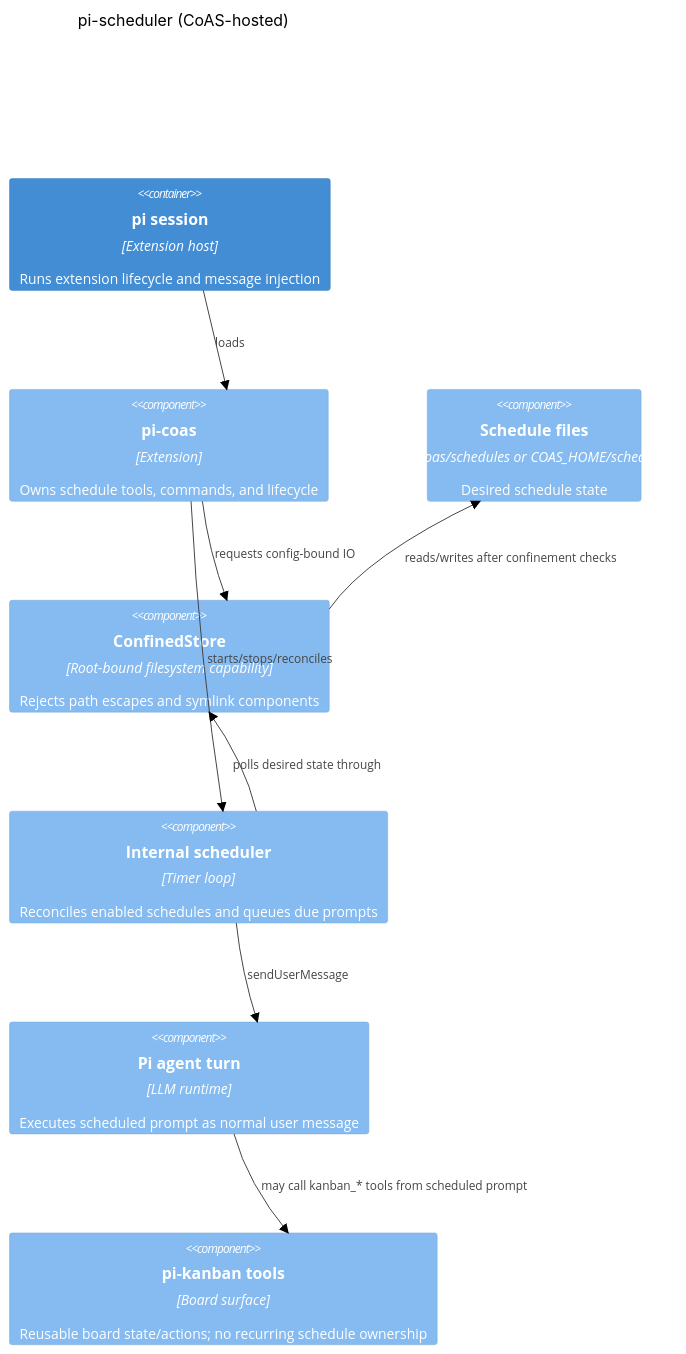
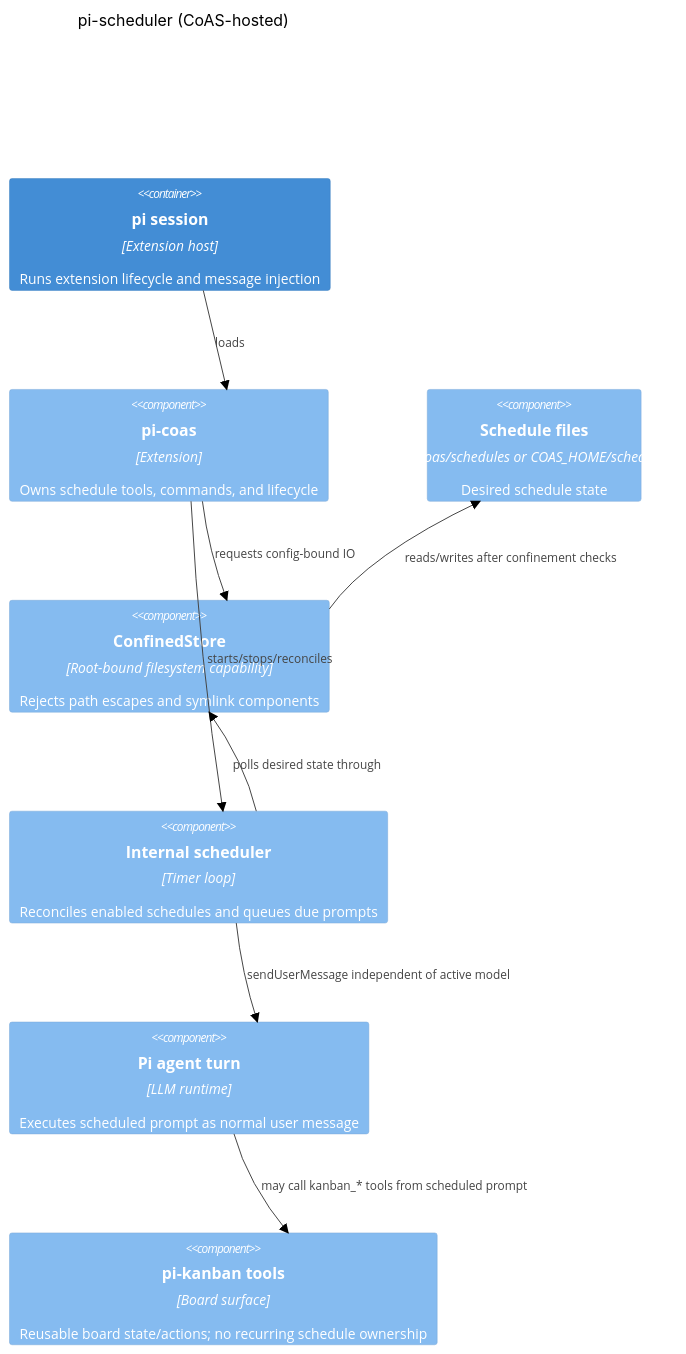
Diagram 29 of 34 in docs/architecture.md (tS7hKamAYL84j91/pi-tools-and-skills), drawn with Mermaid (forest theme) before and after one commit. The commit also changed other lines of this file and 16 other files, not shown here.

````diff
--- a/docs/architecture.md
+++ b/docs/architecture.md
@@ -874,18 +875,18 @@
 ```mermaid
 C4Component
     title pi-scheduler (CoAS-hosted)
     Container(pi, "pi session", "Extension host", "Runs extension lifecycle and message injection")
     Component(coas, "pi-coas", "Extension", "Owns schedule tools, commands, and lifecycle")
     Component(files, "Schedule files", ".pi/coas/schedules or COAS_HOME/schedules", "Desired schedule state")
     Component(store, "ConfinedStore", "Root-bound filesystem capability", "Rejects path escapes and symlink components")
     Component(scheduler, "Internal scheduler", "Timer loop", "Reconciles enabled schedules and queues due prompts")
     Component(agent, "Pi agent turn", "LLM runtime", "Executes scheduled prompt as normal user message")
     Component(kanban, "pi-kanban tools", "Board surface", "Reusable board state/actions; no recurring schedule ownership")
     Rel(pi, coas, "loads")
     Rel(coas, store, "requests config-bound IO")
     Rel(store, files, "reads/writes after confinement checks")
     Rel(coas, scheduler, "starts/stops/reconciles")
     Rel(scheduler, store, "polls desired state through")
-    Rel(scheduler, agent, "sendUserMessage")
+    Rel(scheduler, agent, "sendUserMessage independent of active model")
     Rel(agent, kanban, "may call kanban_* tools from scheduled prompt")
 ```
````
